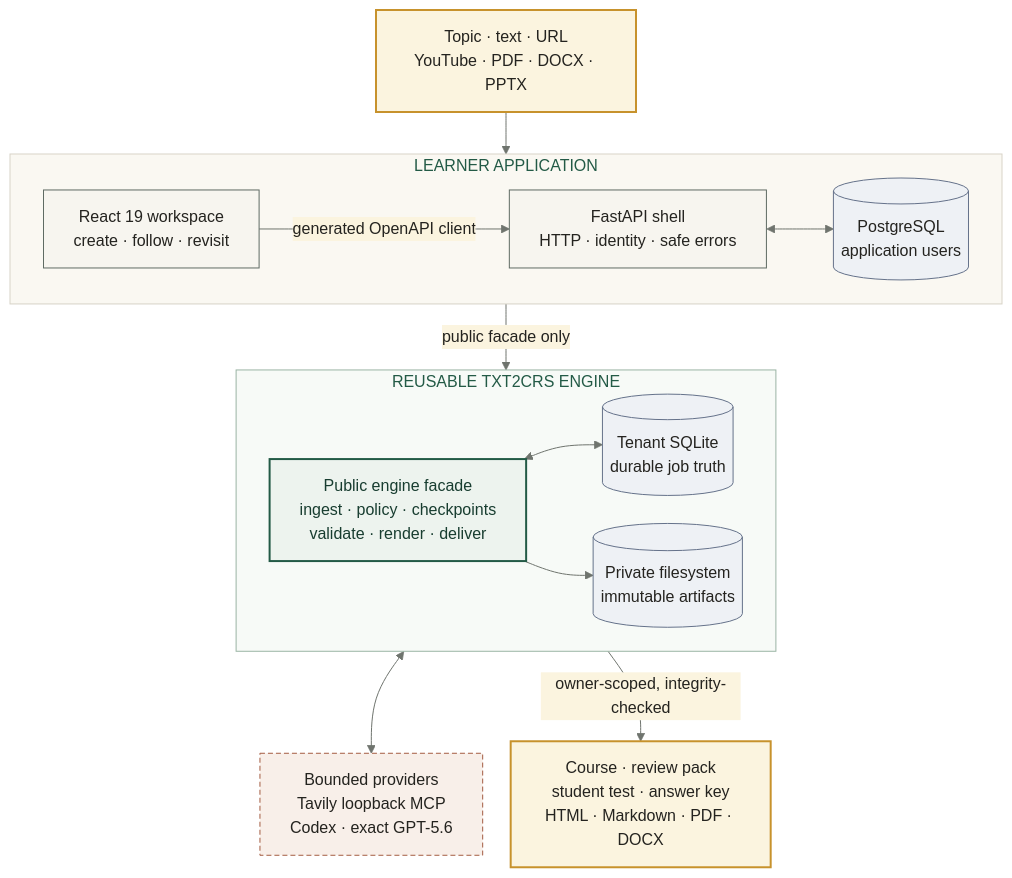
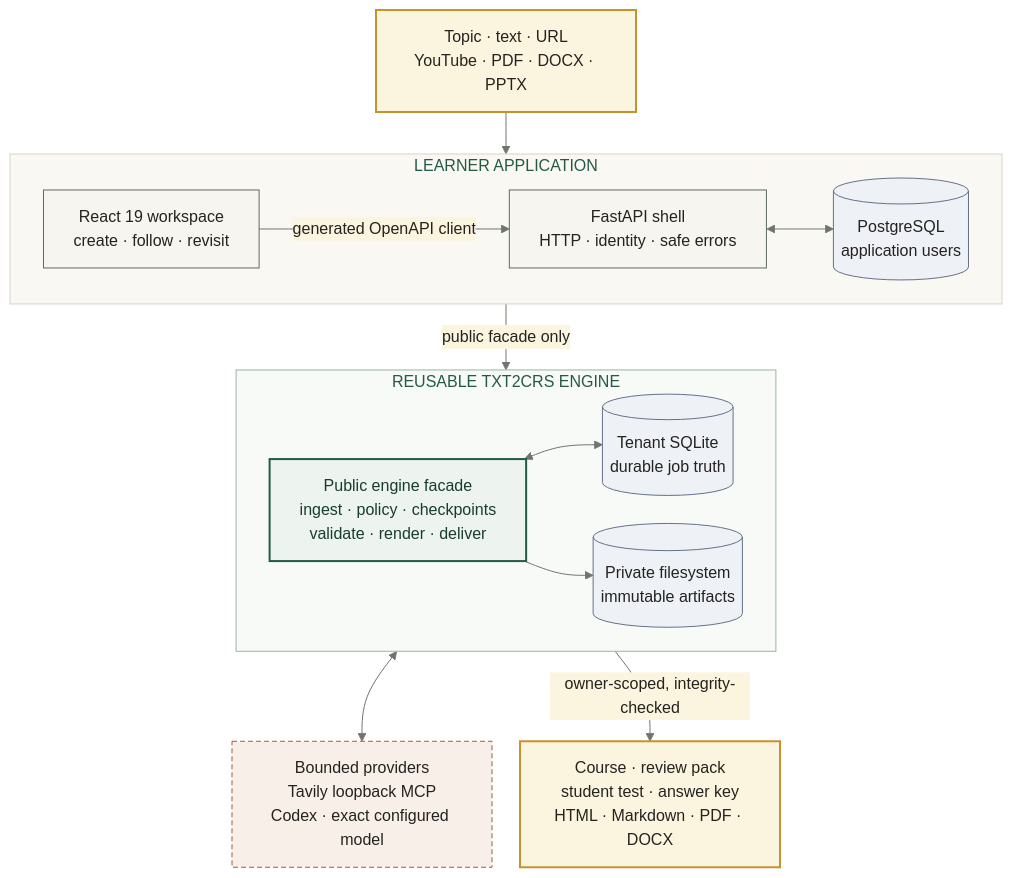
The diagram in README.md (moshehbenavraham/txt2crs), drawn with Mermaid before and after one commit. The commit also changed other lines of this file and 101 other files, not shown here.

````diff
--- a/README.md
+++ b/README.md
@@ -230,46 +231,46 @@
 ```mermaid
 %%{init: {"theme":"base","themeVariables":{"background":"#faf8f2","primaryColor":"#edf3ee","primaryTextColor":"#24231f","primaryBorderColor":"#235a46","lineColor":"#6f746e","secondaryColor":"#fbf4df","tertiaryColor":"#eef1f5","fontFamily":"system-ui, sans-serif"},"flowchart":{"curve":"basis","nodeSpacing":28,"rankSpacing":42}}}%%
 flowchart TB
     SOURCE["Topic · text · URL<br/>YouTube · PDF · DOCX · PPTX"]
 
     subgraph PRODUCT["LEARNER APPLICATION"]
         direction LR
         UI["React 19 workspace<br/>create · follow · revisit"]
         API["FastAPI shell<br/>HTTP · identity · safe errors"]
         USERS[("PostgreSQL<br/>application users")]
         UI -->|generated OpenAPI client| API
         API <--> USERS
     end
 
     subgraph PACKAGE["REUSABLE TXT2CRS ENGINE"]
         direction LR
         ENGINE["Public engine facade<br/>ingest · policy · checkpoints<br/>validate · render · deliver"]
         JOBS[("Tenant SQLite<br/>durable job truth")]
         FILES[("Private filesystem<br/>immutable artifacts")]
         ENGINE <--> JOBS
         ENGINE --> FILES
     end
 
-    PROVIDERS["Bounded providers<br/>Tavily loopback MCP<br/>Codex · exact GPT-5.6"]
+    PROVIDERS["Bounded providers<br/>Tavily loopback MCP<br/>Codex · exact configured model"]
     OUTPUTS["Course · review pack<br/>student test · answer key<br/>HTML · Markdown · PDF · DOCX"]
 
     SOURCE --> UI
     API -->|public facade only| ENGINE
     ENGINE <--> PROVIDERS
     FILES -->|owner-scoped, integrity-checked| OUTPUTS
 
     classDef input fill:#fbf4df,stroke:#c7922c,color:#24231f,stroke-width:2px;
     classDef shell fill:#f7f5ef,stroke:#5f6b63,color:#24231f;
     classDef focal fill:#edf3ee,stroke:#235a46,color:#183d30,stroke-width:2px;
     classDef store fill:#eef1f5,stroke:#65728a,color:#24231f;
     classDef external fill:#f8efe9,stroke:#a45c42,color:#24231f,stroke-dasharray:5 3;
     classDef output fill:#fbf4df,stroke:#c7922c,color:#24231f,stroke-width:2px;
     class SOURCE input;
     class UI,API shell;
     class ENGINE focal;
     class USERS,JOBS,FILES store;
     class PROVIDERS external;
     class OUTPUTS output;
     style PRODUCT fill:#faf8f2,stroke:#d8d3c7,stroke-width:1px,color:#235a46
     style PACKAGE fill:#f7faf7,stroke:#9ab4a4,stroke-width:1px,color:#235a46
 ```
````
